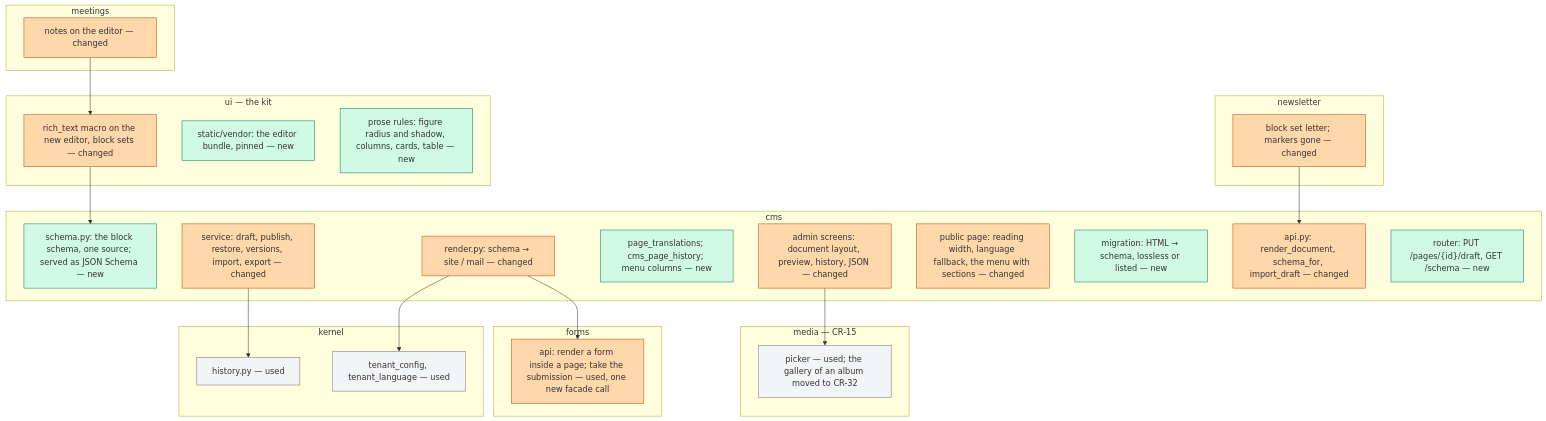
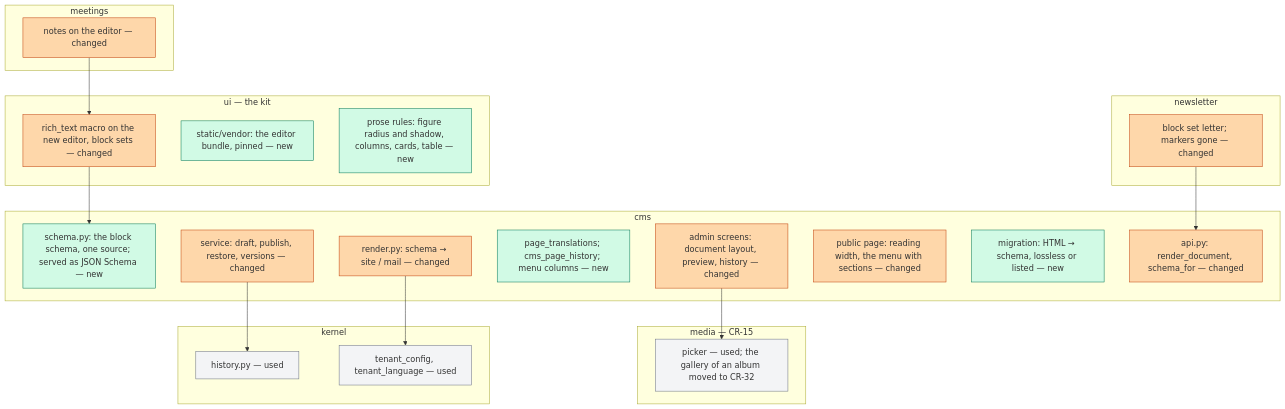
Before and after one commit to KoenRenders/KoenTest: the fourth of 5 diagrams in docs/change_request_17_web_content.md, drawn with Mermaid. The commit also changed other lines of this file, not shown here.

First line of the commit message:
docs(cr-17): B2, B3, the matrix, C4.10 and C4.11 show what runs in v2.17.2; phases 3 and 4 and the form block marked not built

````diff
--- a/docs/change_request_17_web_content.md
+++ b/docs/change_request_17_web_content.md
@@ -259,45 +253,40 @@
 ```mermaid
 flowchart TB
   subgraph kit[ui — the kit]
     k1[rich_text macro on the new editor, block sets — changed]:::chg
     k2[static/vendor: the editor bundle, pinned — new]:::new
     k3[prose rules: figure radius and shadow, columns, cards, table — new]:::new
   end
   subgraph cms[cms]
     c1[schema.py: the block schema, one source; served as JSON Schema — new]:::new
     c2[render.py: schema → site / mail — changed]:::chg
-    c3[service: draft, publish, restore, versions, import, export — changed]:::chg
+    c3[service: draft, publish, restore, versions — changed]:::chg
     c4[page_translations; cms_page_history; menu columns — new]:::new
-    c5[admin screens: document layout, preview, history, JSON — changed]:::chg
-    c6[public page: reading width, language fallback, the menu with sections — changed]:::chg
+    c5[admin screens: document layout, preview, history — changed]:::chg
+    c6[public page: reading width, the menu with sections — changed]:::chg
     c7[migration: HTML → schema, lossless or listed — new]:::new
-    c8[api.py: render_document, schema_for, import_draft — changed]:::chg
-    c9["router: PUT /pages/{id}/draft, GET /schema — new"]:::new
+    c8[api.py: render_document, schema_for — changed]:::chg
   end
   subgraph media[media — CR-15]
     m1[picker — used; the gallery of an album moved to CR-32]:::used
-  end
-  subgraph forms[forms]
-    f1[api: render a form inside a page; take the submission — used, one new facade call]:::chg
   end
   subgraph nl[newsletter]
     n1[block set letter; markers gone — changed]:::chg
   end
   subgraph mt[meetings]
     t1[notes on the editor — changed]:::chg
   end
   subgraph kernel[kernel]
     h1[history.py — used]:::used
     h2[tenant_config, tenant_language — used]:::used
   end
   k1 --> c1
   c2 --> h2
   c3 --> h1
-  c2 --> f1
   n1 --> c8
   t1 --> k1
   c5 --> m1
   classDef new fill:#d1fae5,stroke:#047857
   classDef chg fill:#fed7aa,stroke:#c2410c
   classDef used fill:#f3f4f6,stroke:#6b7280
 ```
````
